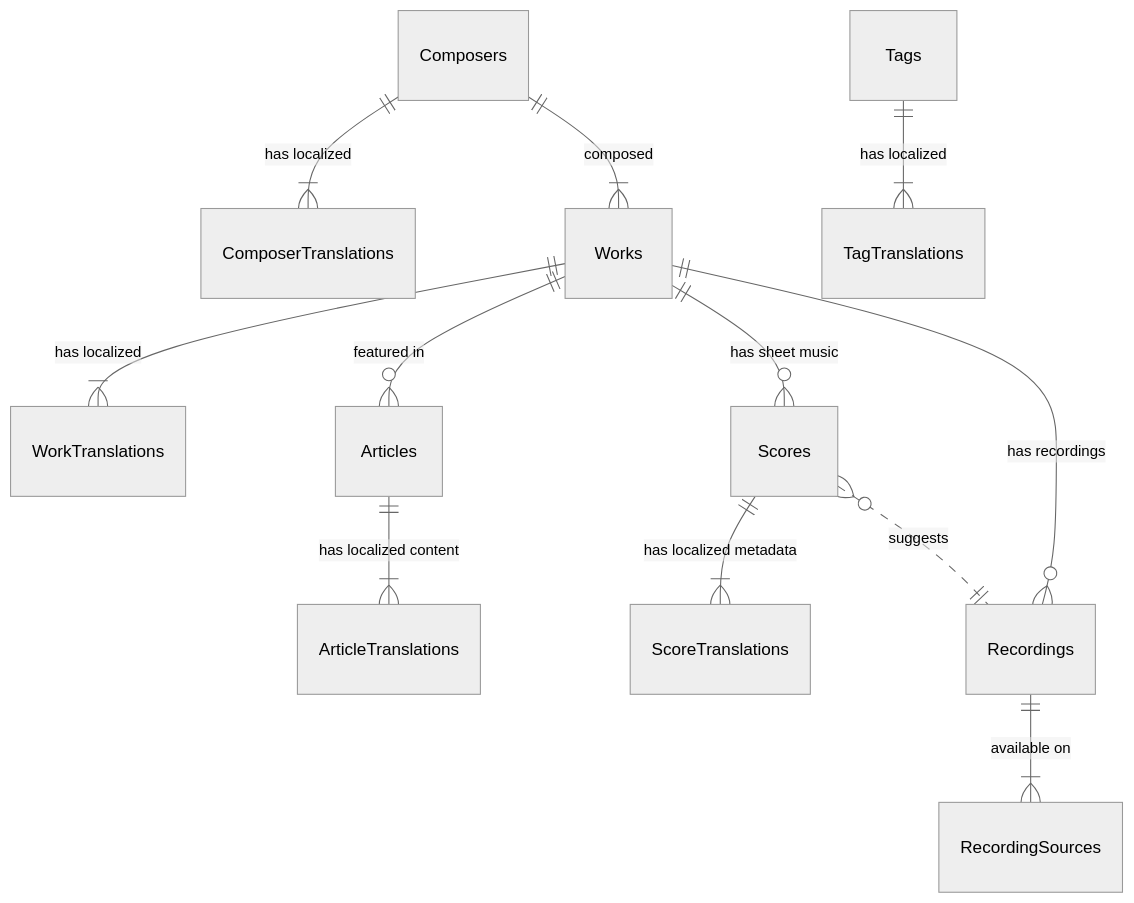
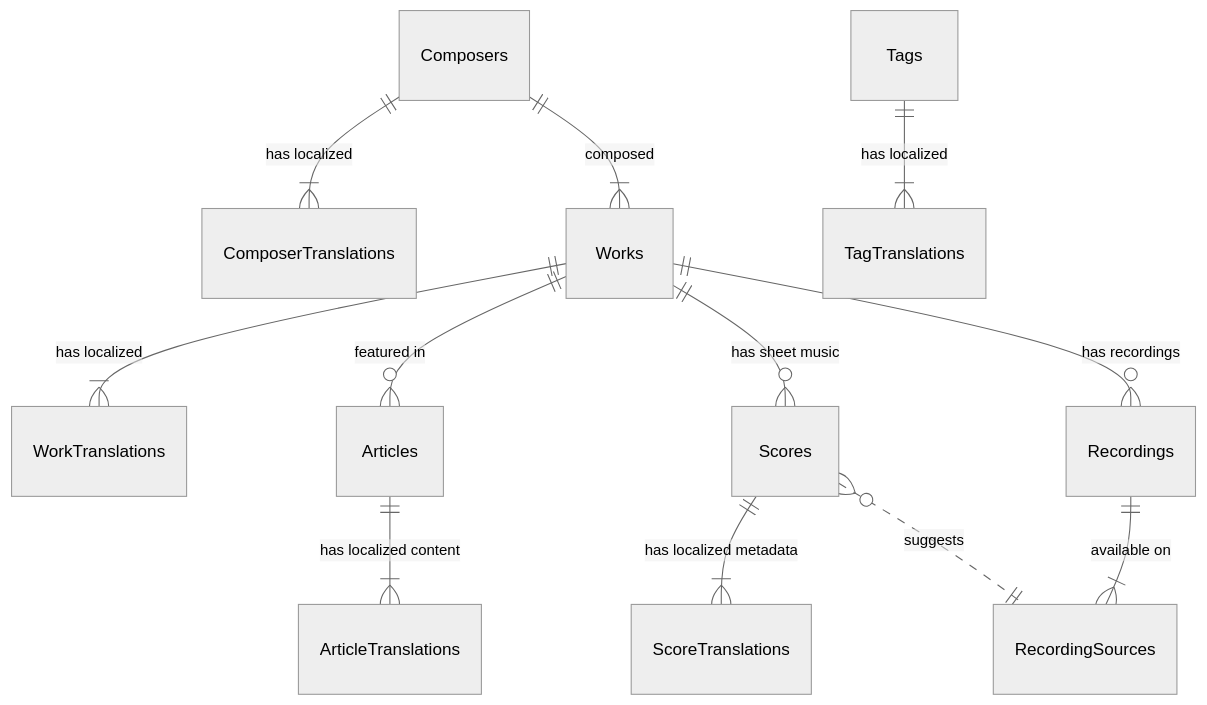
Before and after one commit to preludio-lab/preludio-lab: the first of 3 diagrams in docs/05_design/database-schema.md, drawn with Mermaid (neutral theme). The commit also changed other lines of this file, not shown here.

Commit message:
docs: データベーススキーマのレビュー指摘事項を反映 (ER図, FK制約, article_translations定義更新)

````diff
--- a/docs/05_design/database-schema.md
+++ b/docs/05_design/database-schema.md
@@ -48,21 +49,21 @@
 ```mermaid
 erDiagram
     %% Masters (Reference)
     Composers ||--|{ ComposerTranslations : "has localized"
     Composers ||--|{ Works : "composed"
     Works ||--|{ WorkTranslations : "has localized"
 
     %% Application Core (Zero-JOIN)
     Works ||--o{ Articles : "featured in"
     Articles ||--|{ ArticleTranslations : "has localized content"
 
     %% Shared Assets
     Works ||--o{ Scores : "has sheet music"
     Scores ||--|{ ScoreTranslations : "has localized metadata"
-    Scores }o..|| Recordings : "suggests"
+    Scores }o..|| RecordingSources : "suggests"
     Works ||--o{ Recordings : "has recordings"
     Recordings ||--|{ RecordingSources : "available on"
 
     %% Taxonomy
     Tags ||--|{ TagTranslations : "has localized"
 ```
````
